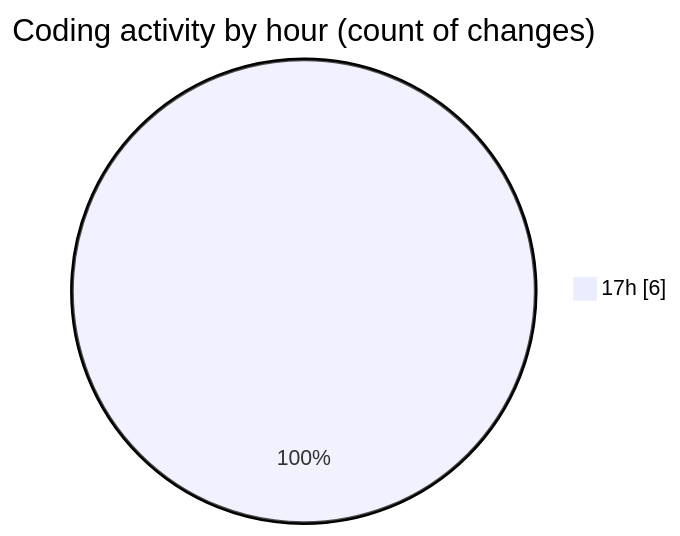
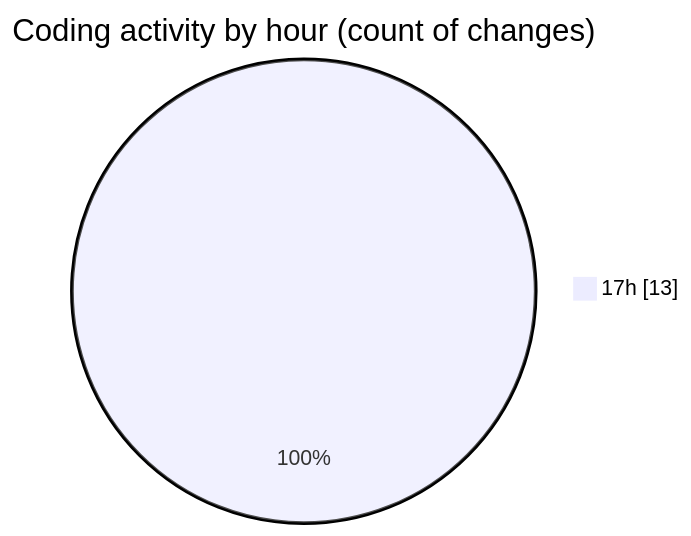
One commit to Unknowalive/code-tracking changed the second of 2 diagrams in 2026-07-03/researchlens/README.md. Above: the diagram before and after it, drawn with Mermaid. The commit also changed other lines of this file and 1 other file, not shown here.

````diff
--- a/2026-07-03/researchlens/README.md
+++ b/2026-07-03/researchlens/README.md
@@ -35,5 +43,5 @@
 ```mermaid
 pie showData
 title Coding activity by hour (count of changes)
-"17h" : 6
+"17h" : 13
 ```
````
